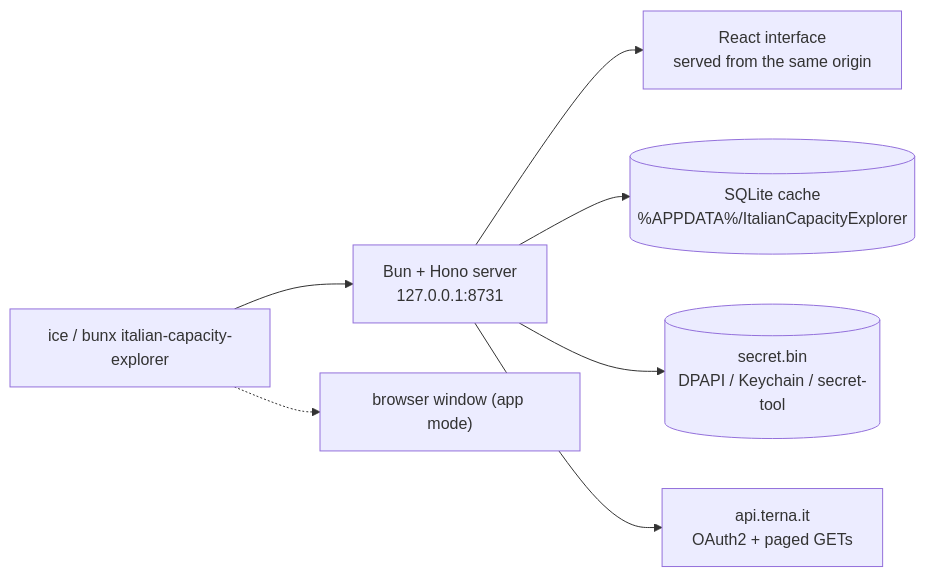
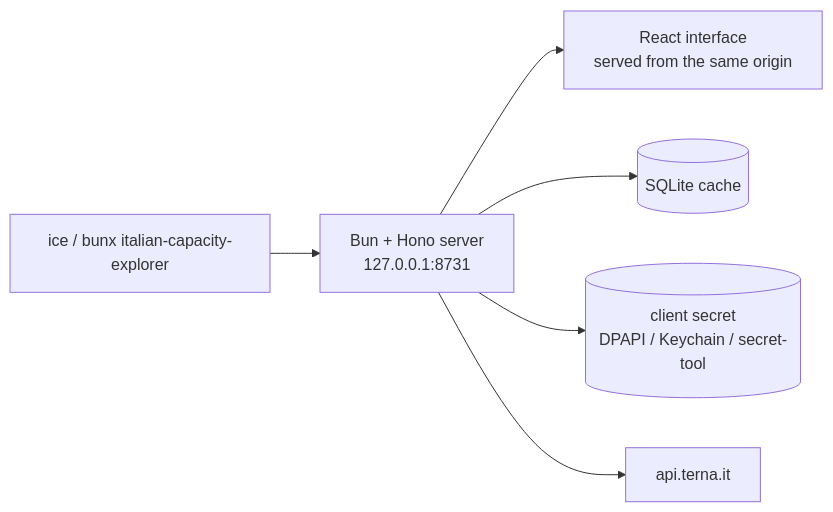
The diagram in README.md (tomdacu/italian-installed-power-plants-explorer), drawn with Mermaid before and after one commit. The commit also changed other lines of this file and 17 other files, not shown here.

````diff
--- a/README.md
+++ b/README.md
@@ -78,9 +61,8 @@
 ```mermaid
 flowchart LR
   CLI["ice / bunx italian-capacity-explorer"] --> SRV["Bun + Hono server<br/>127.0.0.1:8731"]
   SRV --> SPA["React interface<br/>served from the same origin"]
-  SRV --> DB[("SQLite cache<br/>%APPDATA%/ItalianCapacityExplorer")]
-  SRV --> SEC[("secret.bin<br/>DPAPI / Keychain / secret-tool")]
-  SRV --> TERNA["api.terna.it<br/>OAuth2 + paged GETs"]
-  CLI -.-> WINDOW["browser window (app mode)"]
+  SRV --> DB[("SQLite cache")]
+  SRV --> SEC[("client secret<br/>DPAPI / Keychain / secret-tool")]
+  SRV --> TERNA["api.terna.it"]
 ```
````
